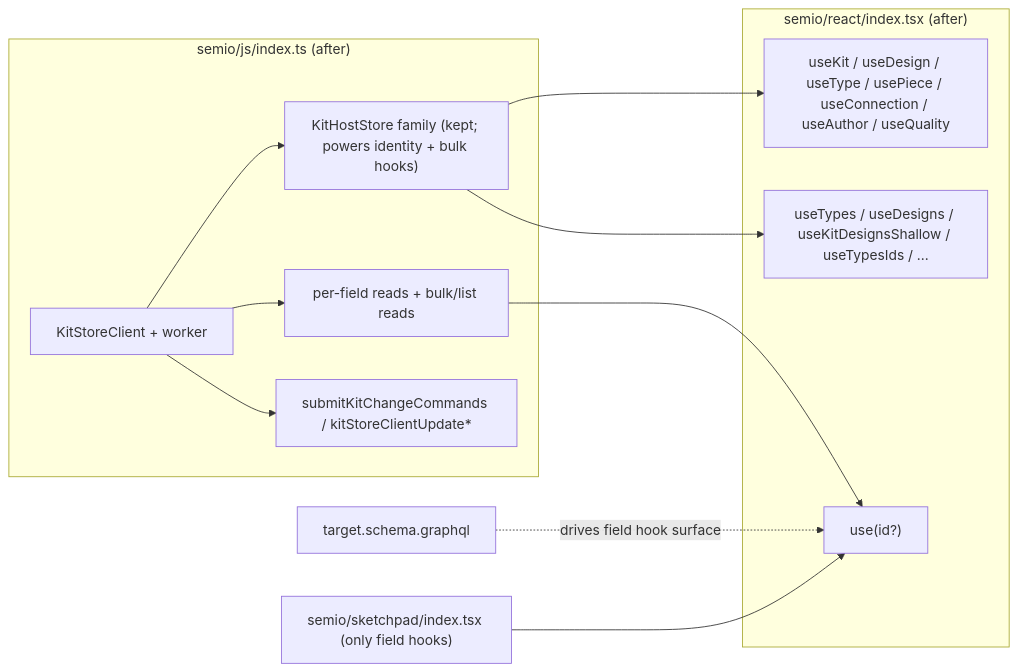
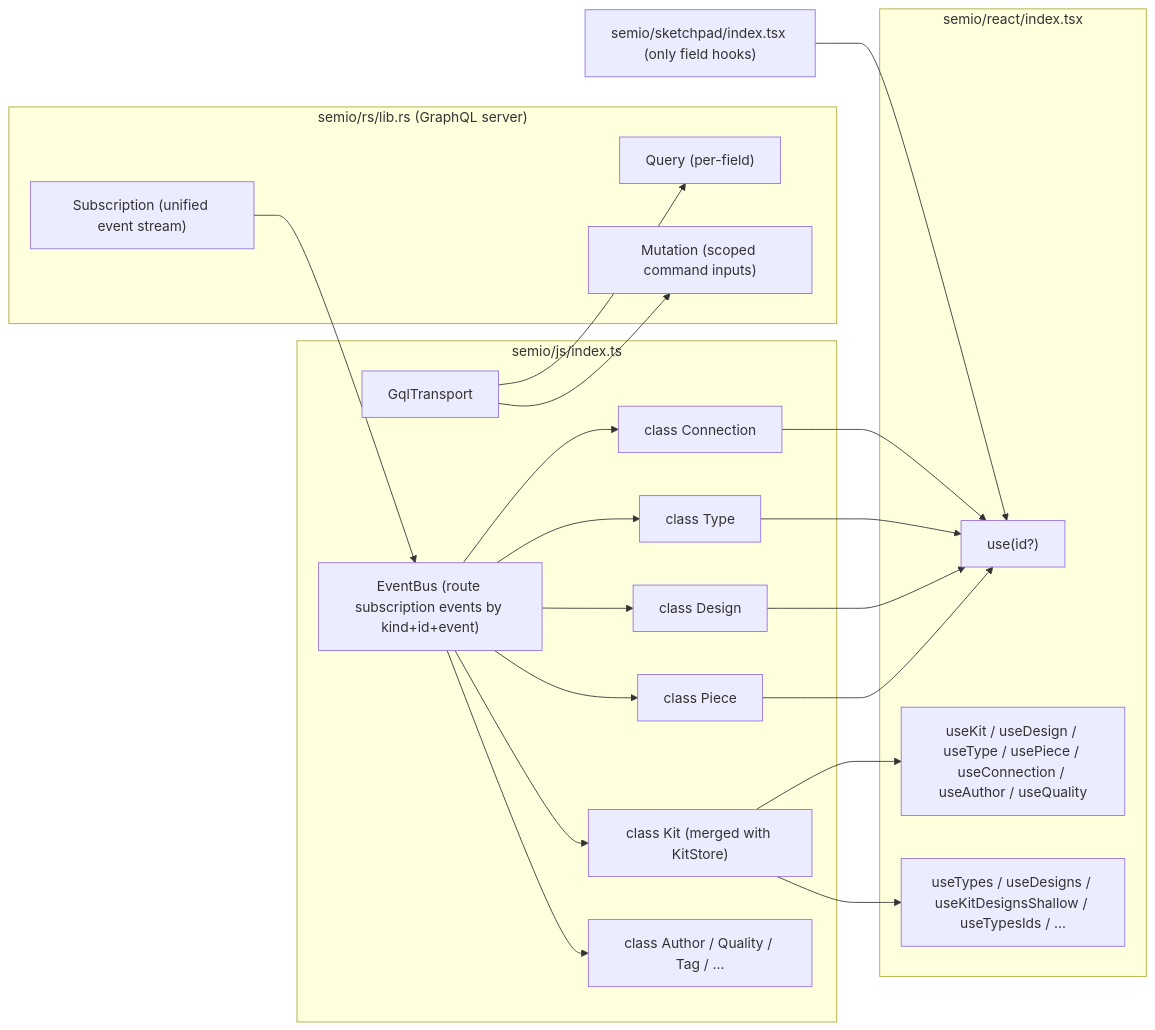
The diagram in .cursor/plans/field-only_kit_reads_refactor_09fc9816.plan.md (usalu/semio), drawn with Mermaid before and after one commit. The commit also changed other lines of this file, not shown here.

````diff
--- a/.cursor/plans/field-only_kit_reads_refactor_09fc9816.plan.md
+++ b/.cursor/plans/field-only_kit_reads_refactor_09fc9816.plan.md
@@ -38,23 +48,39 @@
 ```mermaid
 flowchart LR
-  Schema["target.schema.graphql"]
-  subgraph js["semio/js/index.ts (after)"]
-    Worker["KitStoreClient + worker"]
-    Stores["KitHostStore family (kept; powers identity + bulk hooks)"]
-    Reads["per-field reads + bulk/list reads"]
-    Writes["submitKitChangeCommands / kitStoreClientUpdate*"]
-    Worker --> Stores
-    Worker --> Reads
-    Worker --> Writes
+  subgraph rs["semio/rs/lib.rs (GraphQL server)"]
+    Q["Query (per-field)"]
+    M["Mutation (scoped command inputs)"]
+    S["Subscription (unified event stream)"]
   end
-  subgraph react["semio/react/index.tsx (after)"]
+  subgraph js["semio/js/index.ts"]
+    Transport["GqlTransport"]
+    Bus["EventBus (route subscription events by kind+id+event)"]
+    Kit["class Kit (merged with KitStore)"]
+    Design["class Design"]
+    Type["class Type"]
+    Piece["class Piece"]
+    Connection["class Connection"]
+    Other["class Author / Quality / Tag / ..."]
+    Transport --> Q
+    Transport --> M
+    S --> Bus
+    Bus --> Kit
+    Bus --> Design
+    Bus --> Type
+    Bus --> Piece
+    Bus --> Connection
+    Bus --> Other
+  end
+  subgraph react["semio/react/index.tsx"]
     FieldHooks["use<Entity><FieldPath>(id?)"]
     IdentityHooks["useKit / useDesign / useType / usePiece / useConnection / useAuthor / useQuality"]
     BulkHooks["useTypes / useDesigns / useKitDesignsShallow / useTypesIds / ..."]
-    Stores --> IdentityHooks
-    Stores --> BulkHooks
-    Reads --> FieldHooks
   end
-  Schema -. "drives field hook surface" .-> FieldHooks
+  Kit --> IdentityHooks
+  Kit --> BulkHooks
+  Piece --> FieldHooks
+  Design --> FieldHooks
+  Type --> FieldHooks
+  Connection --> FieldHooks
   Sketchpad["semio/sketchpad/index.tsx (only field hooks)"] --> FieldHooks
 ```
````
